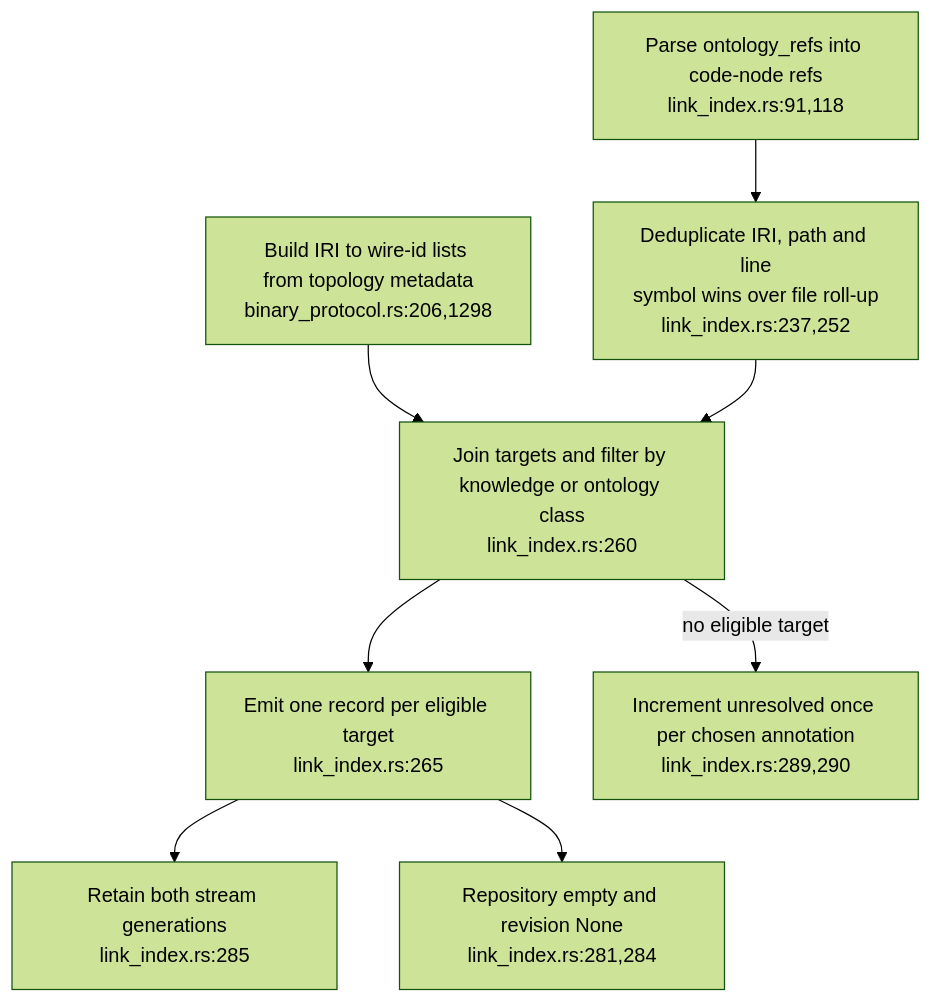
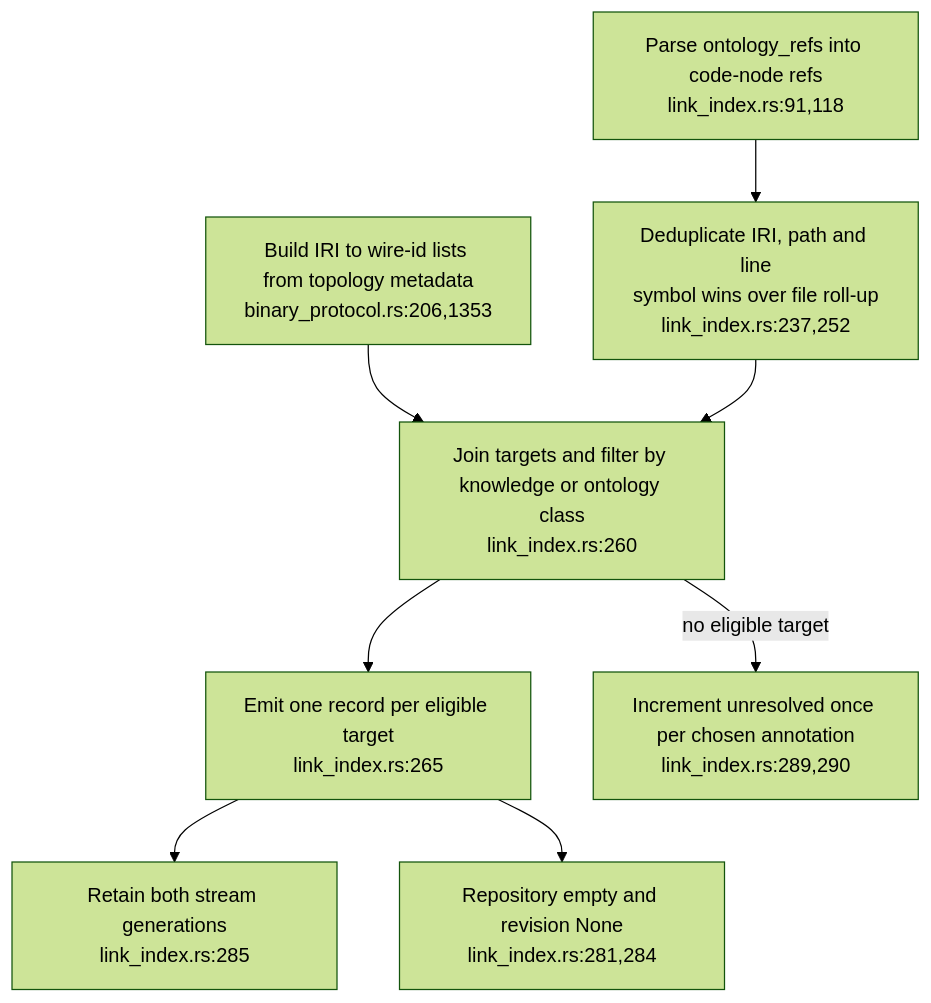
The second of 3 diagrams in docs/diagrams/visionclaw/45-code-to-concept-link-evidence.md (DreamLab-AI/VisionFlow), drawn with Mermaid (forest theme) before and after one commit. The commit also changed other lines of this file and 173 other files, not shown here.

````diff
--- a/docs/diagrams/visionclaw/45-code-to-concept-link-evidence.md
+++ b/docs/diagrams/visionclaw/45-code-to-concept-link-evidence.md
@@ -45,10 +45,10 @@
 ```mermaid
 flowchart TD
     CS["Parse ontology_refs into code-node refs<br/>link_index.rs:91,118"] --> PICK["Deduplicate IRI, path and line<br/>symbol wins over file roll-up<br/>link_index.rs:237,252"]
-    VC["Build IRI to wire-id lists from topology metadata<br/>binary_protocol.rs:206,1298"] --> JOIN["Join targets and filter by knowledge or ontology class<br/>link_index.rs:260"]
+    VC["Build IRI to wire-id lists from topology metadata<br/>binary_protocol.rs:206,1353"] --> JOIN["Join targets and filter by knowledge or ontology class<br/>link_index.rs:260"]
     PICK --> JOIN
     JOIN --> REC["Emit one record per eligible target<br/>link_index.rs:265"]
     REC --> GEN["Retain both stream generations<br/>link_index.rs:285"]
     REC --> EMPTY["Repository empty and revision None<br/>link_index.rs:281,284"]
     JOIN -->|no eligible target| MISS["Increment unresolved once per chosen annotation<br/>link_index.rs:289,290"]
 ```
````
